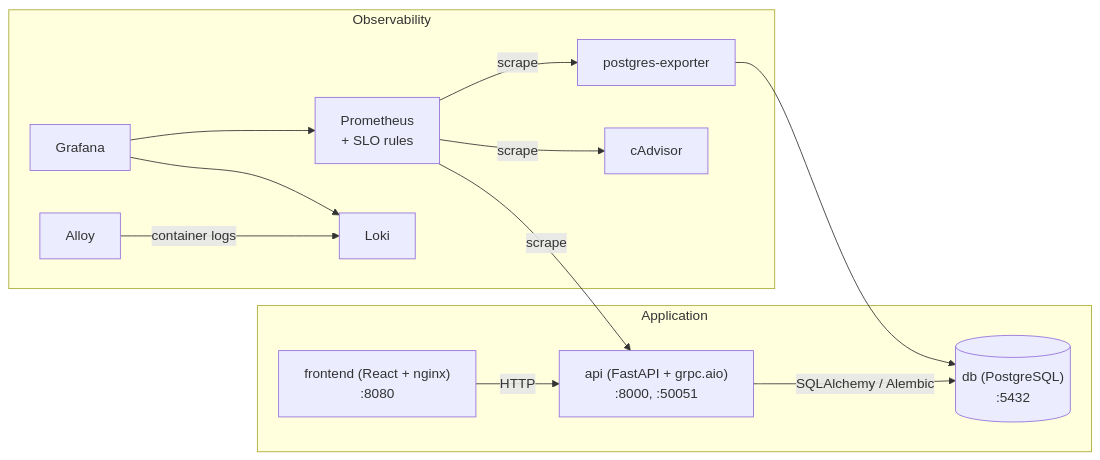
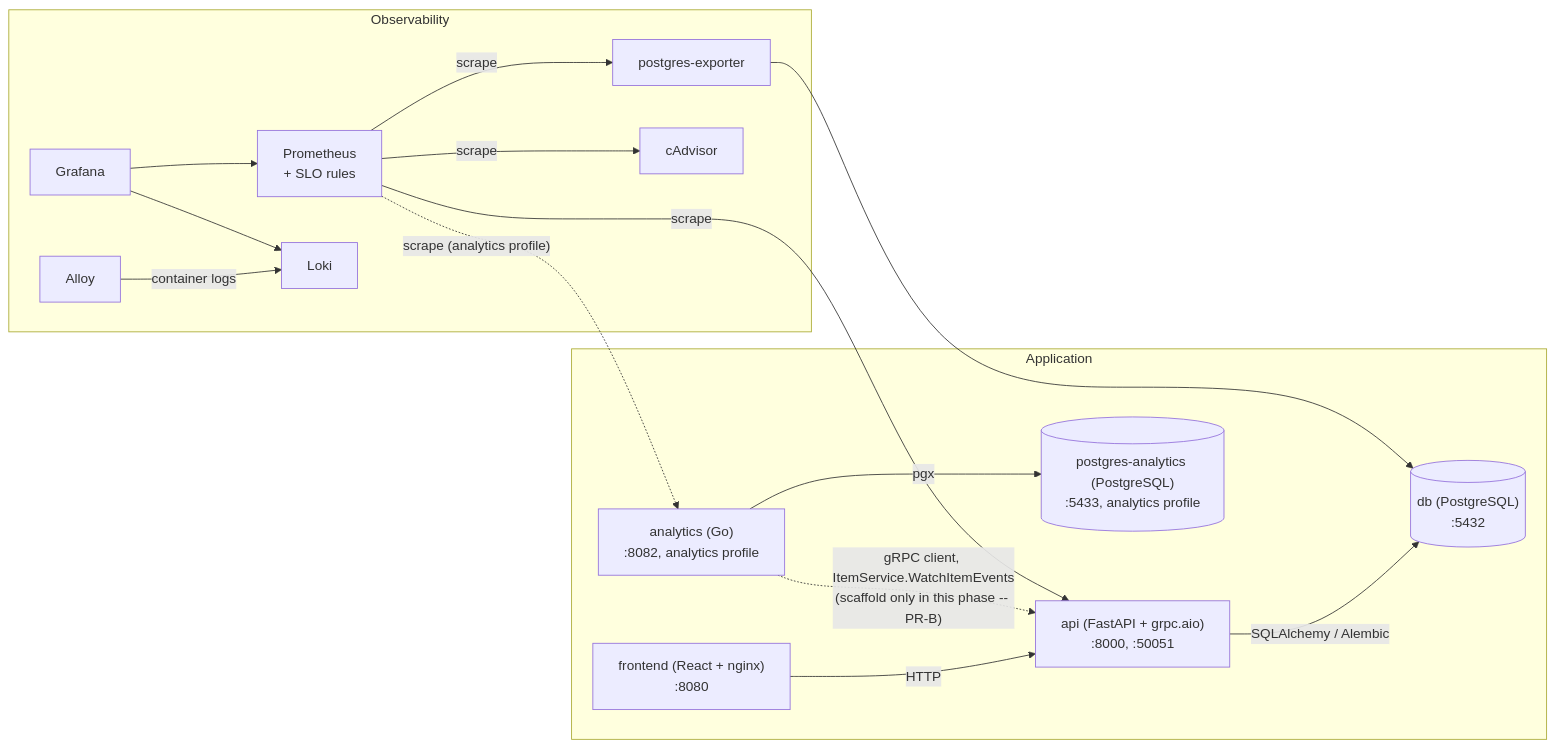
The diagram in docs/architecture.md (vovinacci/devops-demo), drawn with Mermaid before and after one commit. The commit also changed other lines of this file and 30 other files, not shown here.

First line of the commit message:
feat(analytics): Go service scaffold behind analytics profile (#163)

````diff
--- a/docs/architecture.md
+++ b/docs/architecture.md
@@ -8,27 +8,32 @@
 ```mermaid
 flowchart LR
     subgraph app [Application]
         fe["frontend (React + nginx)<br/>:8080"]
         be["api (FastAPI + grpc.aio)<br/>:8000, :50051"]
         pg[("db (PostgreSQL)<br/>:5432")]
+        an["analytics (Go)<br/>:8082, analytics profile"]
+        pgA[("postgres-analytics (PostgreSQL)<br/>:5433, analytics profile")]
     end
 
     subgraph obs [Observability]
         pgx["postgres-exporter"]
         cad["cAdvisor"]
         prom["Prometheus<br/>+ SLO rules"]
         alloy["Alloy"]
         loki["Loki"]
         graf["Grafana"]
     end
 
     fe -->|HTTP| be
     be -->|SQLAlchemy / Alembic| pg
     pgx --> pg
+    an -->|pgx| pgA
+    an -.->|"gRPC client, ItemService.WatchItemEvents<br/>(scaffold only in this phase -- PR-B)"| be
     prom -->|scrape| be
     prom -->|scrape| pgx
     prom -->|scrape| cad
+    prom -.->|"scrape (analytics profile)"| an
     alloy -->|container logs| loki
     graf --> prom
     graf --> loki
 ```
````
